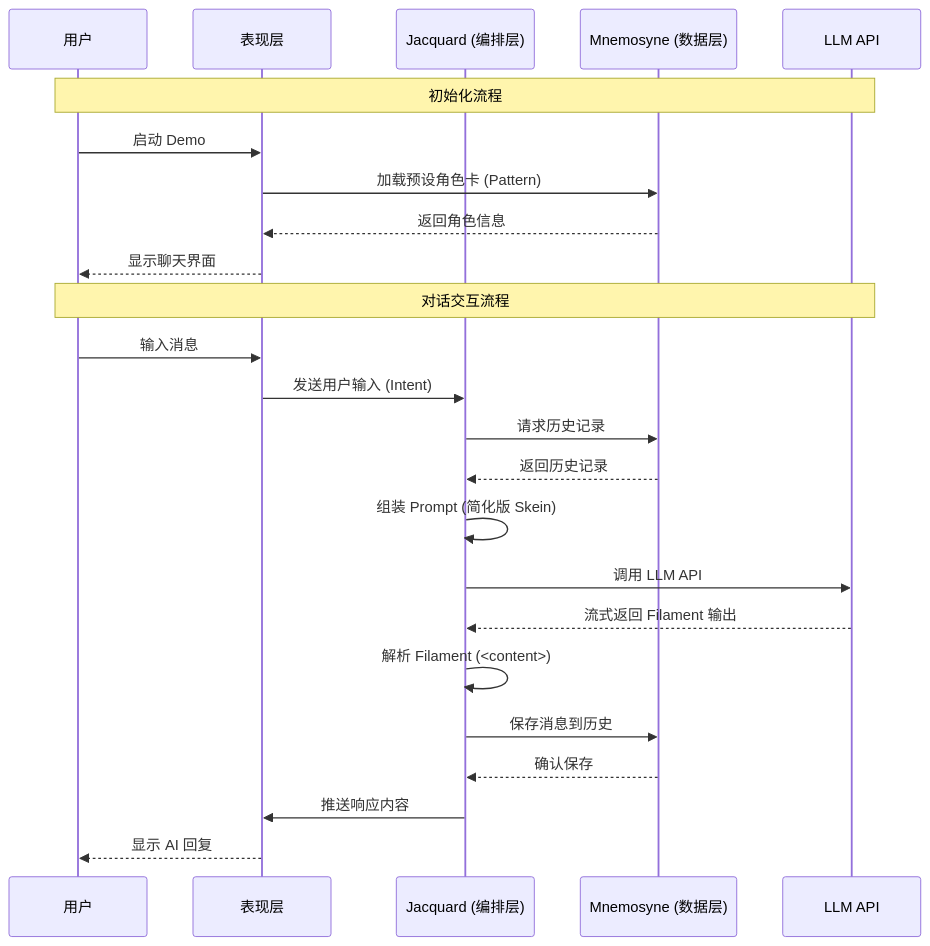
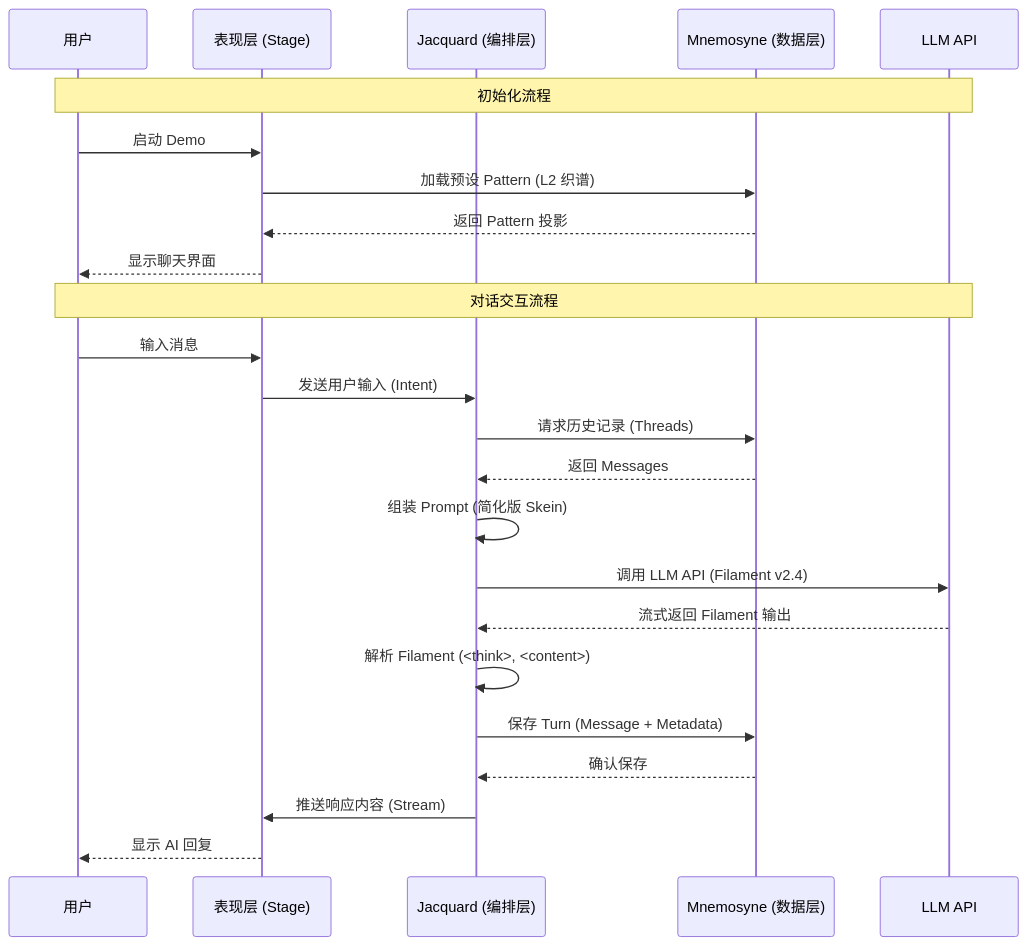
The first of 2 diagrams in 02_active_plans/mvp-demo-design-spec.md (Abgetrennter/Clotho-Design), drawn with Mermaid before and after one commit. The commit also changed other lines of this file and 3 other files, not shown here.

````diff
--- a/02_active_plans/mvp-demo-design-spec.md
+++ b/02_active_plans/mvp-demo-design-spec.md
@@ -54,28 +55,28 @@
 ```mermaid
 sequenceDiagram
     participant U as 用户
-    participant UI as 表现层
+    participant UI as 表现层 (Stage)
     participant J as Jacquard (编排层)
     participant M as Mnemosyne (数据层)
     participant L as LLM API
 
     Note over U,L: 初始化流程
     U->>UI: 启动 Demo
-    UI->>M: 加载预设角色卡 (Pattern)
-    M-->>UI: 返回角色信息
+    UI->>M: 加载预设 Pattern (L2 织谱)
+    M-->>UI: 返回 Pattern 投影
     UI-->>U: 显示聊天界面
 
     Note over U,L: 对话交互流程
     U->>UI: 输入消息
     UI->>J: 发送用户输入 (Intent)
-    J->>M: 请求历史记录
-    M-->>J: 返回历史记录
+    J->>M: 请求历史记录 (Threads)
+    M-->>J: 返回 Messages
     J->>J: 组装 Prompt (简化版 Skein)
-    J->>L: 调用 LLM API
+    J->>L: 调用 LLM API (Filament v2.4)
     L-->>J: 流式返回 Filament 输出
-    J->>J: 解析 Filament (<content>)
-    J->>M: 保存消息到历史
+    J->>J: 解析 Filament (<think>, <content>)
+    J->>M: 保存 Turn (Message + Metadata)
     M-->>J: 确认保存
-    J->>UI: 推送响应内容
+    J->>UI: 推送响应内容 (Stream)
     UI-->>U: 显示 AI 回复
 ```
````
